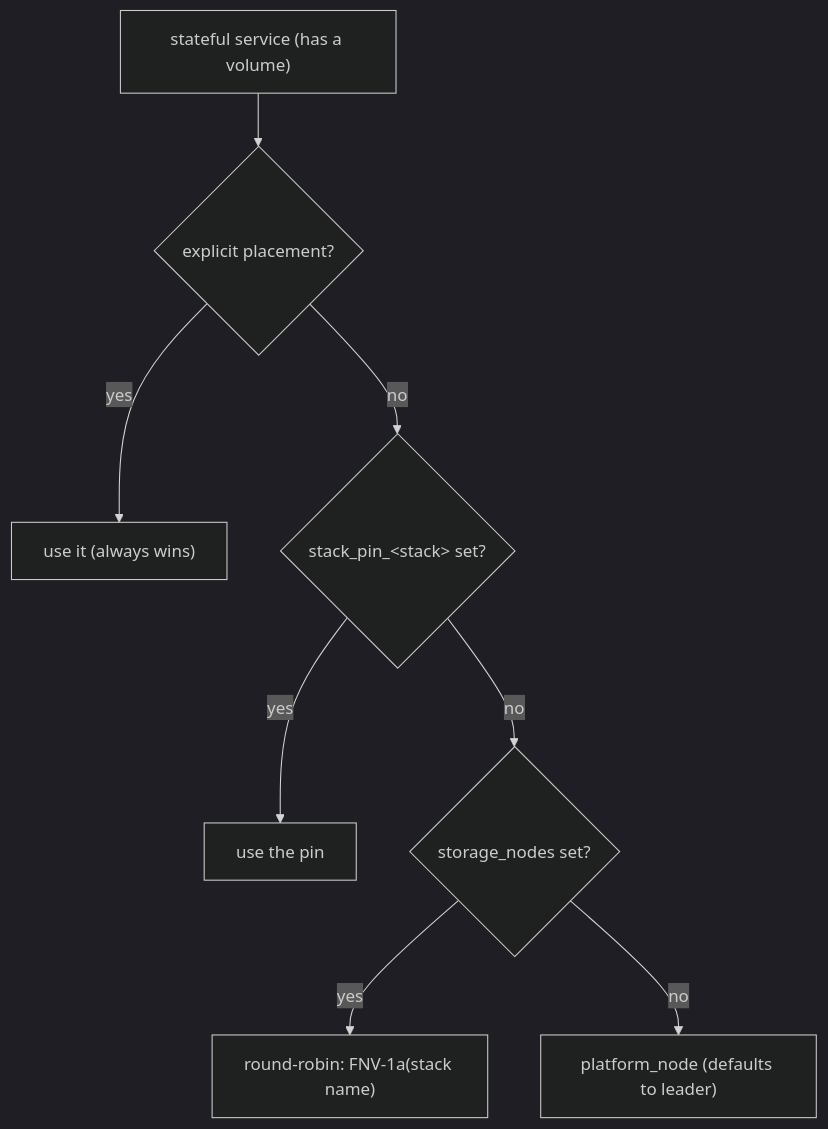
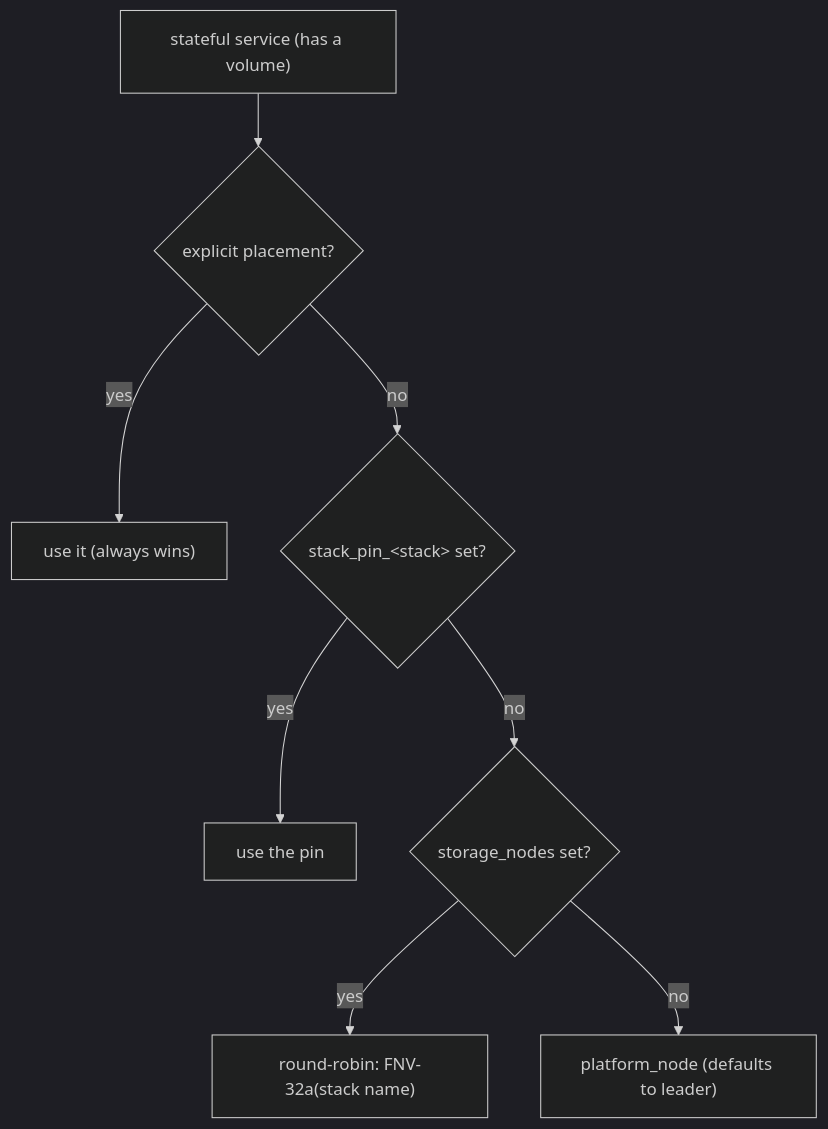
The seventh of 10 diagrams in docs/whitepaper.md (hazemarian/poor-man-cluster), drawn with Mermaid (dark theme) before and after one commit. The commit also changed other lines of this file and 10 other files, not shown here.

````diff
--- a/docs/whitepaper.md
+++ b/docs/whitepaper.md
@@ -216,10 +216,10 @@
 ```mermaid
 flowchart TD
     S["stateful service (has a volume)"] --> E{explicit placement?}
     E -- "yes" --> P1["use it (always wins)"]
     E -- "no" --> P2{stack_pin_&lt;stack&gt; set?}
     P2 -- "yes" --> P2A["use the pin"]
     P2 -- "no" --> P3{storage_nodes set?}
-    P3 -- "yes" --> RR["round-robin: FNV-1a(stack name)"]
+    P3 -- "yes" --> RR["round-robin: FNV-32a(stack name)"]
     P3 -- "no" --> PN["platform_node (defaults to leader)"]
 ```
````
